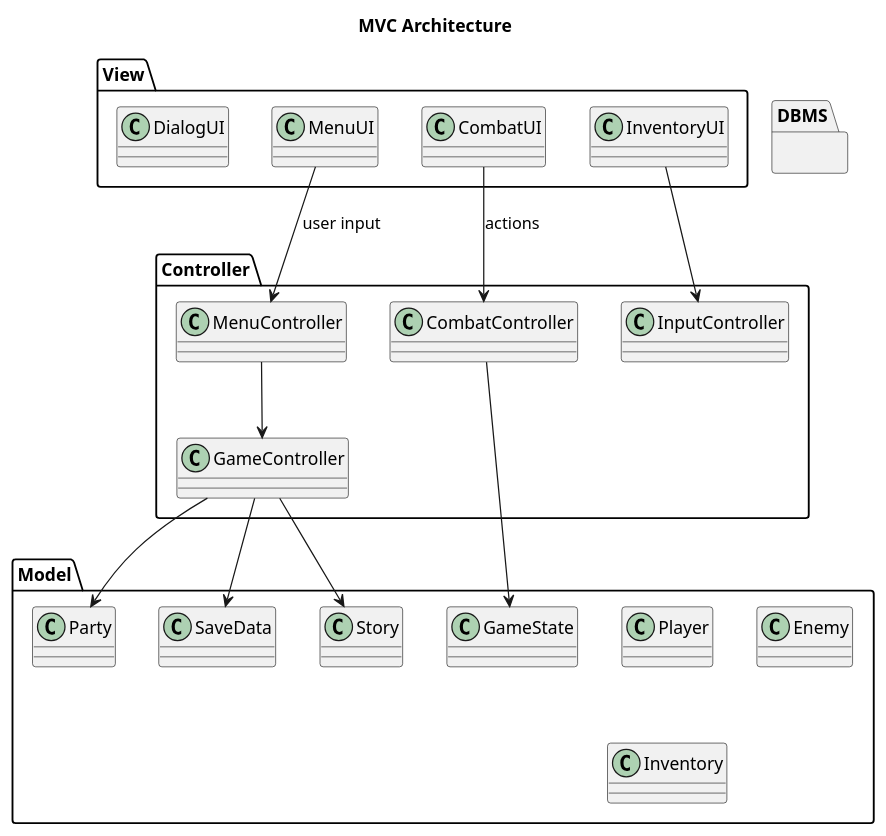
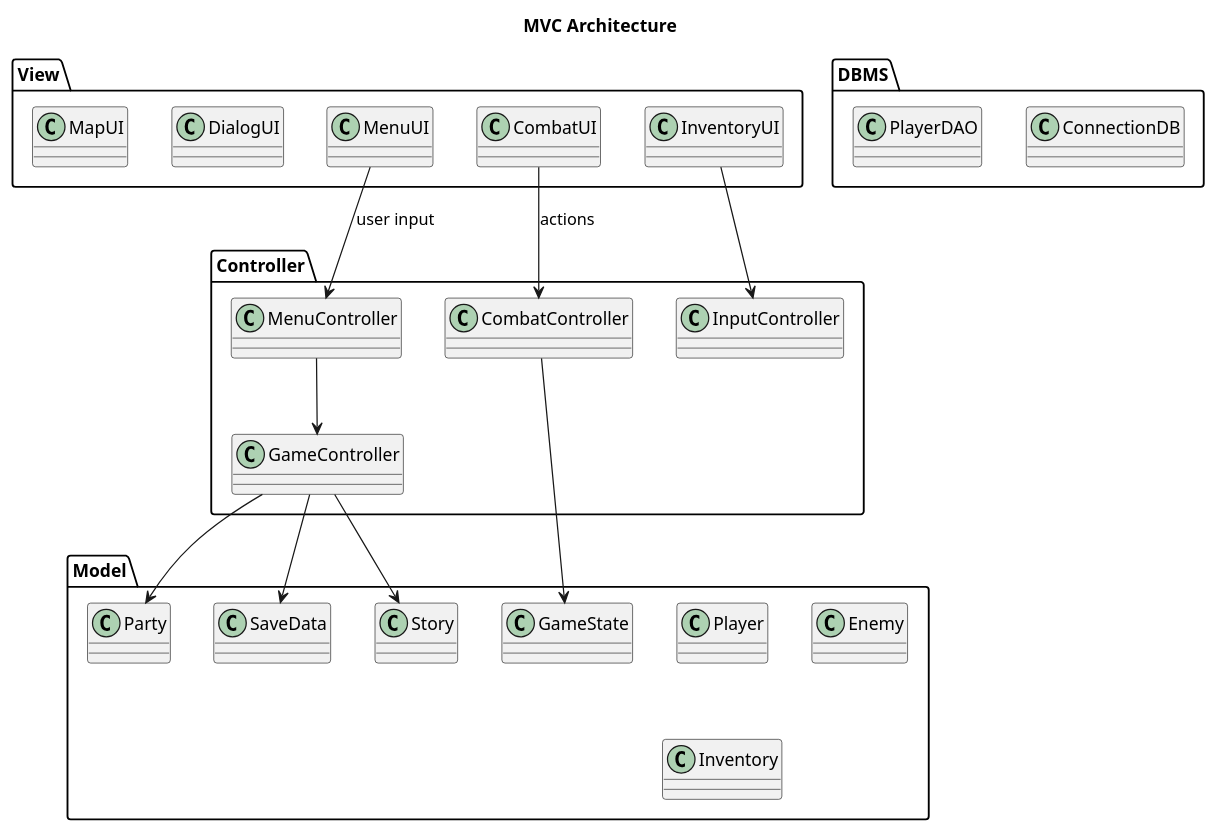
The diagram in mvc.puml (samMM-cs/iss-team2), drawn with PlantUML before and after one commit.

```diff
--- a/mvc.puml
+++ b/mvc.puml
@@ -1,41 +1,44 @@
 @startuml MVC
 title MVC Architecture
 
 package "DBMS"{
-    
+    class ConnectionDB
+    class PlayerDAO
 }
 package "View" {
   class MenuUI
   class CombatUI
   class InventoryUI
   class DialogUI
+  class MapUI
 }
 
 package "Controller" {
   class GameController
   class MenuController
   class CombatController
   class InputController
 }
 
 package "Model" {
   class GameState
   class Player
   class Party
   class Enemy
   class Inventory
   class SaveData
   class Story
 }
 
 
 MenuUI --> MenuController : user input
 CombatUI --> CombatController : actions
 InventoryUI --> InputController
 
 MenuController --> GameController
 CombatController --> GameState
 GameController --> SaveData
 GameController --> Story
 GameController --> Party
+
 @enduml
```
